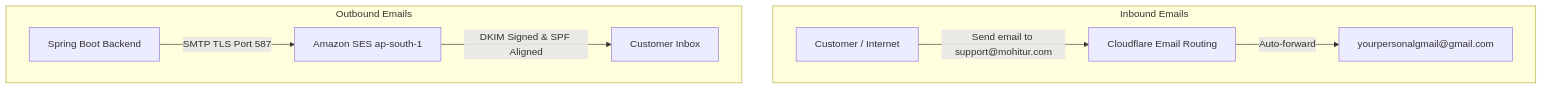
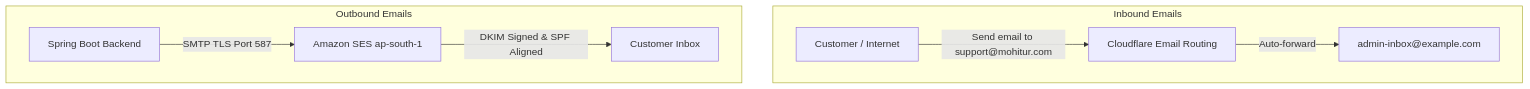
Diagram 17 of 26 in docs/architechture-and-guides/speakit-tech-dive.md (Mohitur669/speakit), drawn with Mermaid before and after one commit. The commit also changed other lines of this file and 31 other files, not shown here.

First line of the commit message:
docs: comprehensive documentation audit, architecture discovery, and specification modernization (#104)

````diff
--- a/docs/architechture-and-guides/speakit-tech-dive.md
+++ b/docs/architechture-and-guides/speakit-tech-dive.md
@@ -1011,12 +1286,12 @@
 ```mermaid
 graph TD
     subgraph Inbound Emails
         Sender["Customer / Internet"] -->|Send email to support@mohitur.com| CF["Cloudflare Email Routing"]
-        CF -->|Auto-forward| Gmail["yourpersonalgmail@gmail.com"]
+        CF -->|Auto-forward| Destination["admin-inbox@example.com"]
     end
 
     subgraph Outbound Emails
         Backend["Spring Boot Backend"] -->|SMTP TLS Port 587| SES["Amazon SES ap-south-1"]
         SES -->|DKIM Signed & SPF Aligned| Customer["Customer Inbox"]
     end
 ```
````
